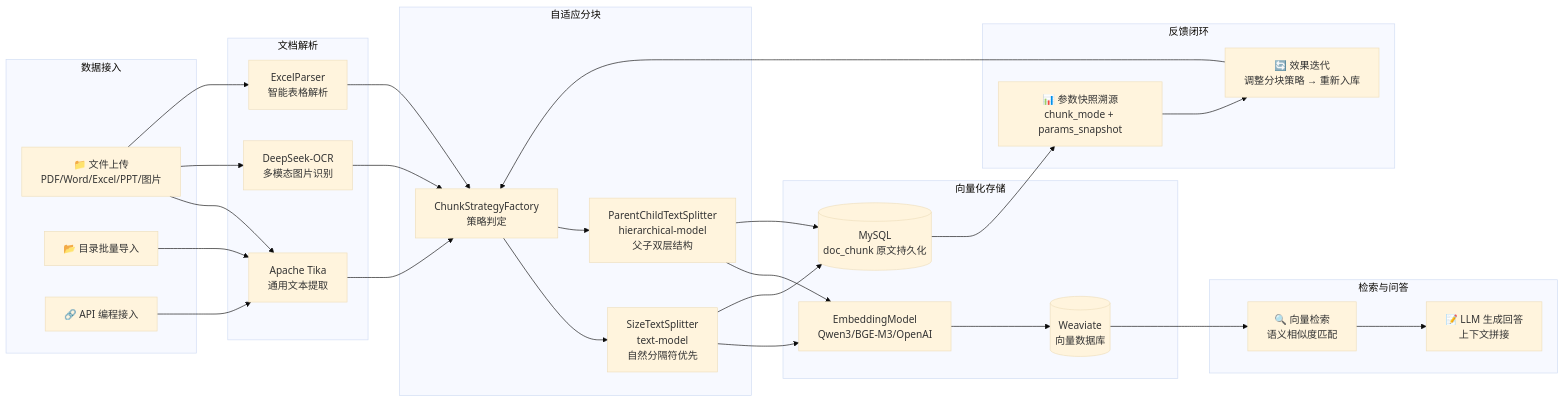
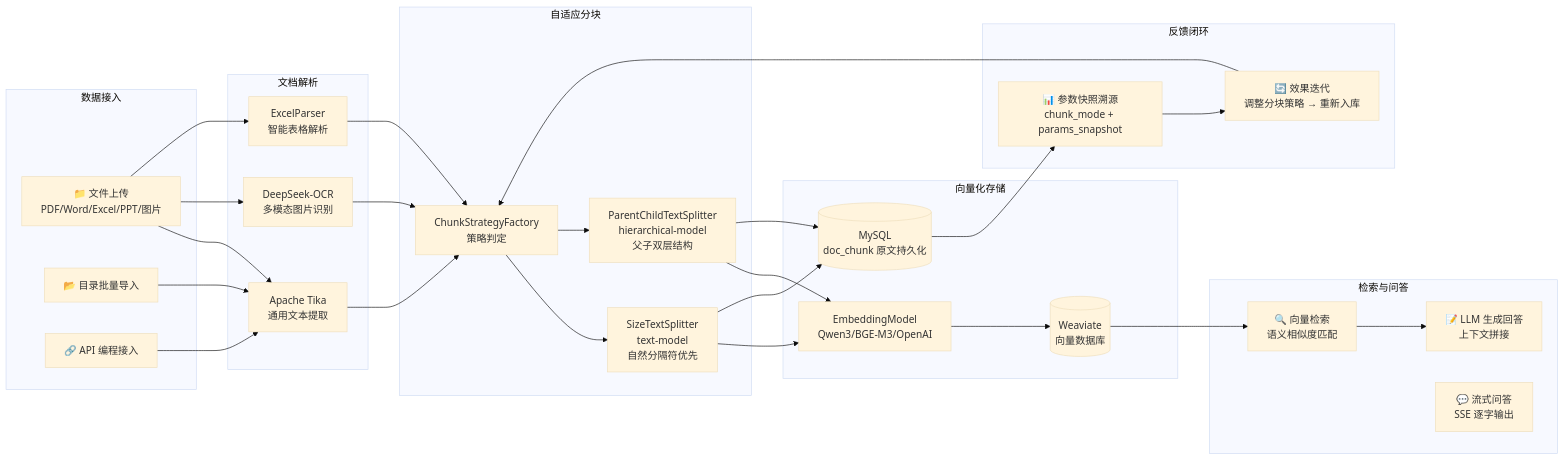
The diagram in README.md (semine1949/rag-tool), drawn with Mermaid (base theme) before and after one commit. The commit also changed other lines of this file, not shown here.

````diff
--- a/README.md
+++ b/README.md
@@ -58,57 +60,58 @@
 ```mermaid
 flowchart LR
     subgraph 数据接入
         A[📁 文件上传<br/>PDF/Word/Excel/PPT/图片]
         B[📂 目录批量导入]
         C[🔗 API 编程接入]
     end
 
     subgraph 文档解析
         D[Apache Tika<br/>通用文本提取]
         E[DeepSeek-OCR<br/>多模态图片识别]
         F[ExcelParser<br/>智能表格解析]
     end
 
     subgraph 自适应分块
         G[ChunkStrategyFactory<br/>策略判定]
         H[SizeTextSplitter<br/>text-model<br/>自然分隔符优先]
         I[ParentChildTextSplitter<br/>hierarchical-model<br/>父子双层结构]
     end
 
     subgraph 向量化存储
         J[EmbeddingModel<br/>Qwen3/BGE-M3/OpenAI]
         K[(Weaviate<br/>向量数据库)]
         L[(MySQL<br/>doc_chunk 原文持久化)]
     end
 
     subgraph 检索与问答
         M[🔍 向量检索<br/>语义相似度匹配]
         N[📝 LLM 生成回答<br/>上下文拼接]
+        Q[💬 流式问答<br/>SSE 逐字输出]
     end
 
     subgraph 反馈闭环
         O[📊 参数快照溯源<br/>chunk_mode + params_snapshot]
         P[🔄 效果迭代<br/>调整分块策略 → 重新入库]
     end
 
     A --> D
     A --> E
     A --> F
     B --> D
     C --> D
     D --> G
     E --> G
     F --> G
     G --> H
     G --> I
     H --> J
     I --> J
     J --> K
     H --> L
     I --> L
     K --> M
     M --> N
     L --> O
     O --> P
     P --> G
 ```
````
